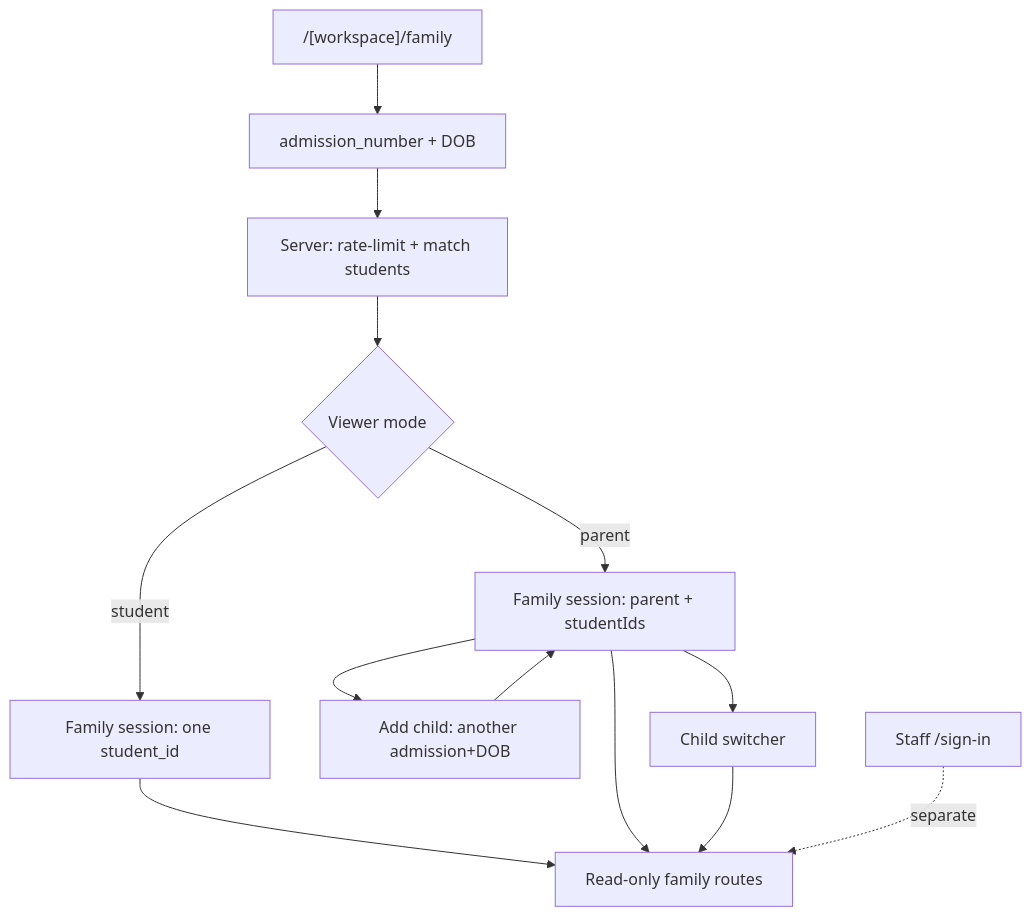
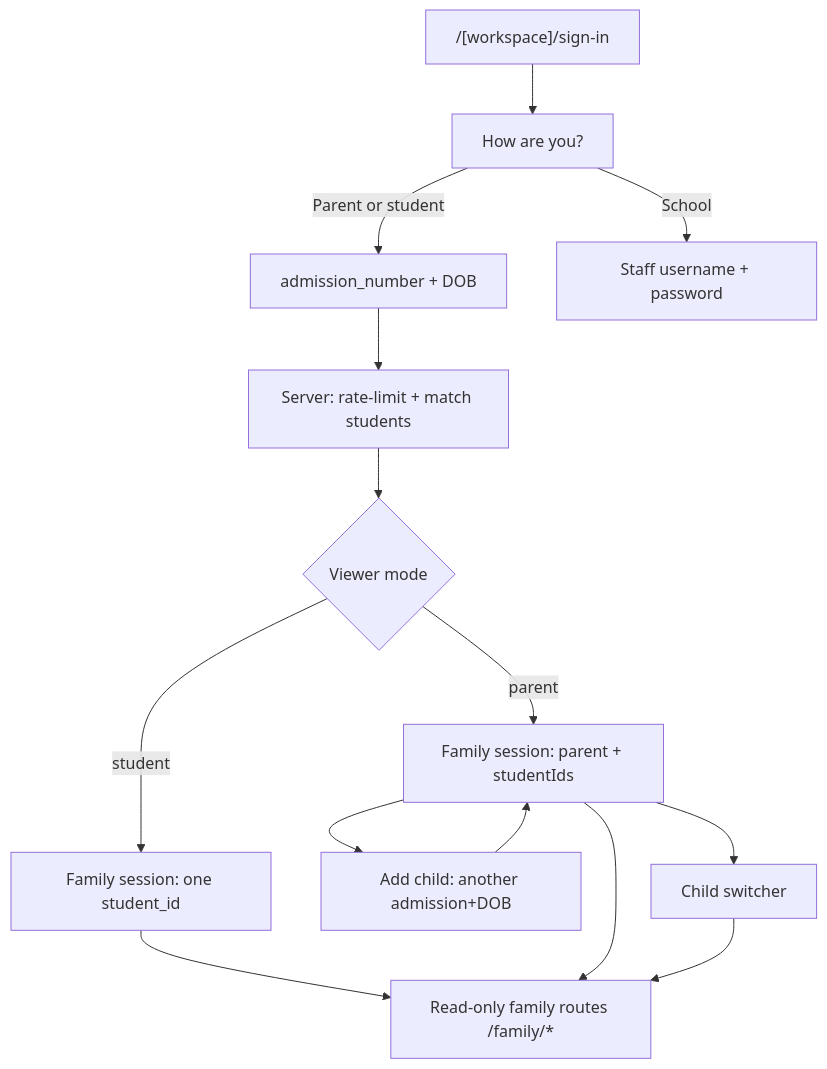
Before and after one commit to khedhar108/EduBridgeAI: the diagram in docs/architecture/auth/family-access.md, drawn with Mermaid. The commit also changed other lines of this file and 206 other files, not shown here.

````diff
--- a/docs/architecture/auth/family-access.md
+++ b/docs/architecture/auth/family-access.md
@@ -57,19 +59,21 @@
 ```mermaid
 flowchart TD
-  entry["/[workspace]/family"]
+  url["/[workspace]/sign-in"]
+  ask["How are you?"]
   form["admission_number + DOB"]
   verify["Server: rate-limit + match students"]
   mode{"Viewer mode"}
   studentSess["Family session: one student_id"]
   parentSess["Family session: parent + studentIds"]
   addChild["Add child: another admission+DOB"]
   switcher["Child switcher"]
-  readUI["Read-only family routes"]
-  staffAuth["Staff /sign-in"]
-  entry --> form --> verify --> mode
+  readUI["Read-only family routes /family/*"]
+  staffAuth["Staff username + password"]
+  url --> ask
+  ask -->|Parent or student| form --> verify --> mode
+  ask -->|School| staffAuth
   mode -->|student| studentSess --> readUI
   mode -->|parent| parentSess --> readUI
   parentSess --> addChild --> parentSess
   parentSess --> switcher --> readUI
-  staffAuth -.->|"separate"| readUI
 ```
````
